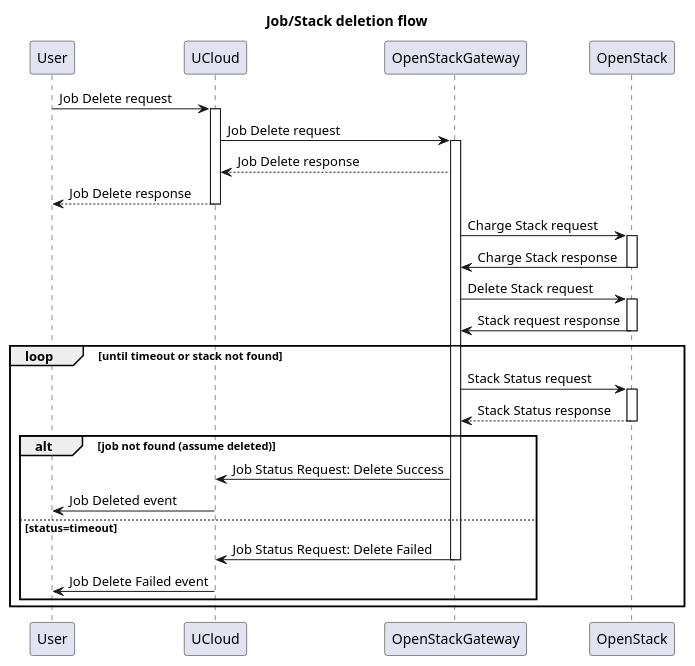
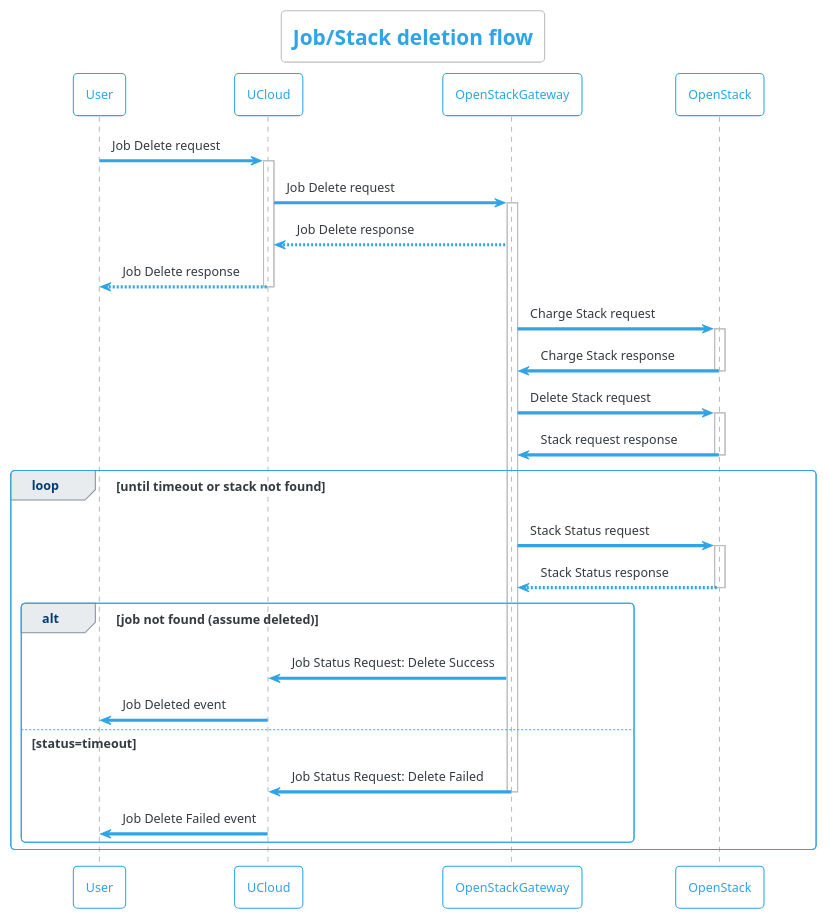
The diagram in docs/diagrams/delete-stack-sequence.iuml (aau-claaudia/OpenStackGateway), drawn with PlantUML before and after one commit. The commit also changed 3 other files, not shown here.

```diff
--- a/docs/diagrams/delete-stack-sequence.iuml
+++ b/docs/diagrams/delete-stack-sequence.iuml
@@ -1,31 +1,32 @@
 @startuml
+!theme cerulean-outline
 title Job/Stack deletion flow
 participant "User" as user
 participant "UCloud" as ucloud
 participant "OpenStackGateway" as osg
 participant "OpenStack" as openstack
 
 user -> ucloud++: Job Delete request
 ucloud -> osg++: Job Delete request
 osg --> ucloud: Job Delete response
 ucloud --> user--: Job Delete response
 
 osg -> openstack++: Charge Stack request
 openstack -> osg--: Charge Stack response
 osg -> openstack++: Delete Stack request
 openstack -> osg--:  Stack request response
 
 
 loop until timeout or stack not found
 osg -> openstack++: Stack Status request
 openstack --> osg--: Stack Status response
 alt job not found (assume deleted)
 osg -> ucloud: Job Status Request: Delete Success
 ucloud -> user: Job Deleted event
 else status=timeout
 osg -> ucloud--: Job Status Request: Delete Failed
 ucloud -> user: Job Delete Failed event
 
 end
 end
 @enduml
```
